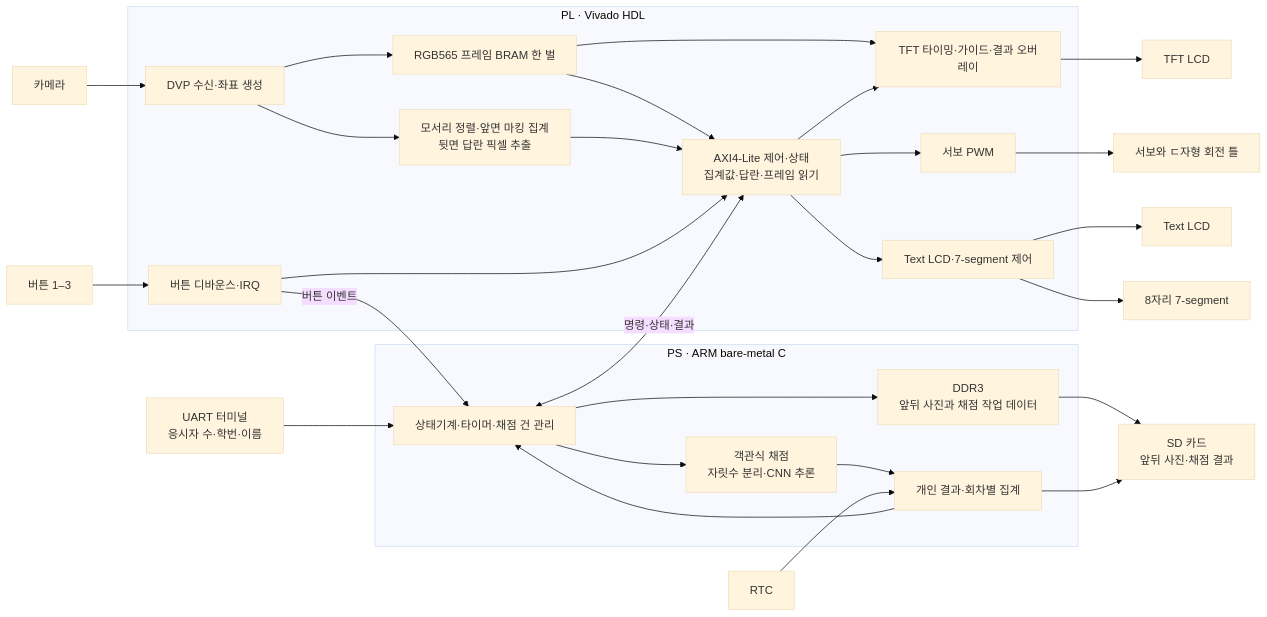
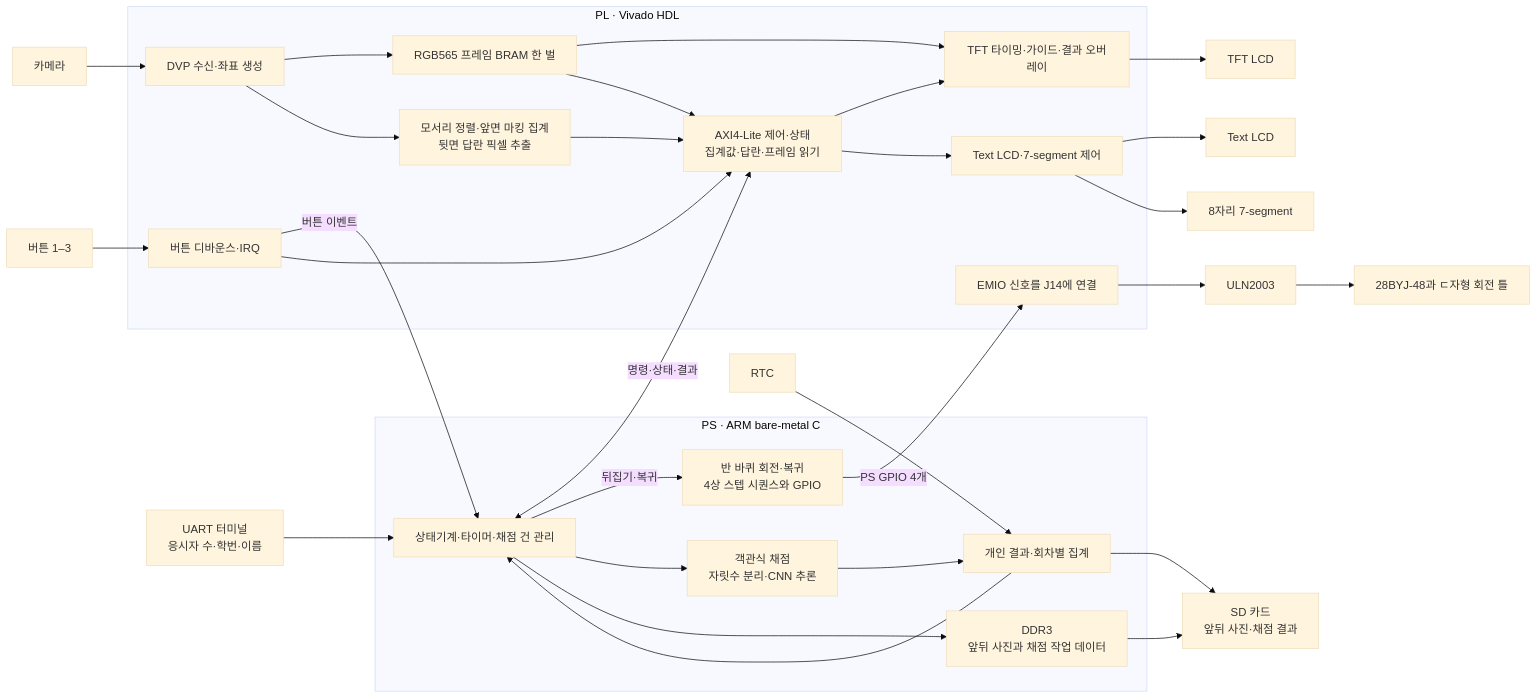
One commit to yumyum1215/26SoC_Term_Project_OMR_Reader changed the first of 2 diagrams in docs/system-architecture.md. Above: the diagram before and after it, drawn with Mermaid (base theme). The commit also changed other lines of this file, not shown here.

Commit message:
docs: drive the OMR stepper from the Zynq PS

````diff
--- a/docs/system-architecture.md
+++ b/docs/system-architecture.md
@@ -11,52 +11,55 @@
 ```mermaid
 flowchart LR
     CAMERA["카메라"]
     PB["버튼 1–3"]
-    SERVO["서보와 ㄷ자형 회전 틀"]
+    DRIVER["ULN2003"]
+    STEPPER["28BYJ-48과 ㄷ자형 회전 틀"]
     TFT["TFT LCD"]
     TEXT["Text LCD"]
     FND["8자리 7-segment"]
     HOST["UART 터미널<br/>응시자 수·학번·이름"]
     RTC["RTC"]
     SD["SD 카드<br/>앞뒤 사진·채점 결과"]
 
     subgraph PL["PL · Vivado HDL"]
         CAP["DVP 수신·좌표 생성"]
         FRAME["RGB565 프레임 BRAM 한 벌"]
         ROI["모서리 정렬·앞면 마킹 집계<br/>뒷면 답란 픽셀 추출"]
         VIEW["TFT 타이밍·가이드·결과 오버레이"]
         IRQ["버튼 디바운스·IRQ"]
         AXI["AXI4-Lite 제어·상태<br/>집계값·답란·프레임 읽기"]
-        PWM["서보 PWM"]
+        EMIO["EMIO 신호를 J14에 연결"]
         DISPLAY["Text LCD·7-segment 제어"]
     end
 
     subgraph PS["PS · ARM bare-metal C"]
         FSM["상태기계·타이머·채점 건 관리"]
+        MOTOR["반 바퀴 회전·복귀<br/>4상 스텝 시퀀스와 GPIO"]
         GRADE["객관식 채점<br/>자릿수 분리·CNN 추론"]
         RECORD["개인 결과·회차별 집계"]
         DDR["DDR3<br/>앞뒤 사진과 채점 작업 데이터"]
     end
 
     CAMERA --> CAP
     CAP --> FRAME
     CAP --> ROI
     FRAME --> VIEW --> TFT
     FRAME --> AXI
     ROI --> AXI
     PB --> IRQ -->|"버튼 이벤트"| FSM
     IRQ --> AXI
     FSM <-->|"명령·상태·결과"| AXI
-    AXI --> PWM --> SERVO
+    FSM -->|"뒤집기·복귀"| MOTOR
+    MOTOR -->|"PS GPIO 4개"| EMIO --> DRIVER --> STEPPER
     AXI --> VIEW
     AXI --> DISPLAY
     DISPLAY --> TEXT
     DISPLAY --> FND
     FSM --> GRADE --> RECORD
     FSM --> DDR
     RECORD --> FSM
     DDR --> SD
     RECORD --> SD
     HOST --> FSM
     RTC --> RECORD
 ```
````
